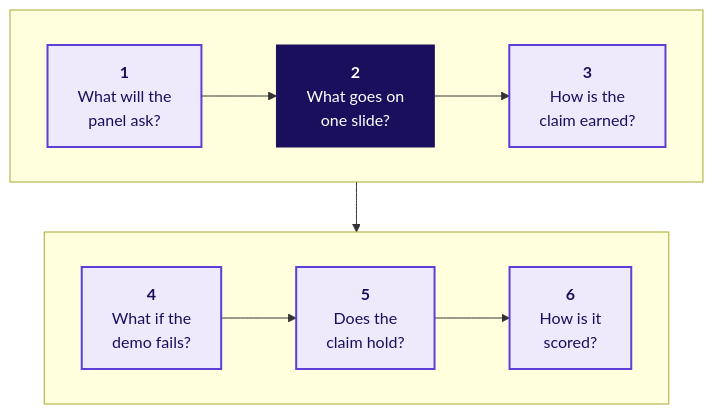
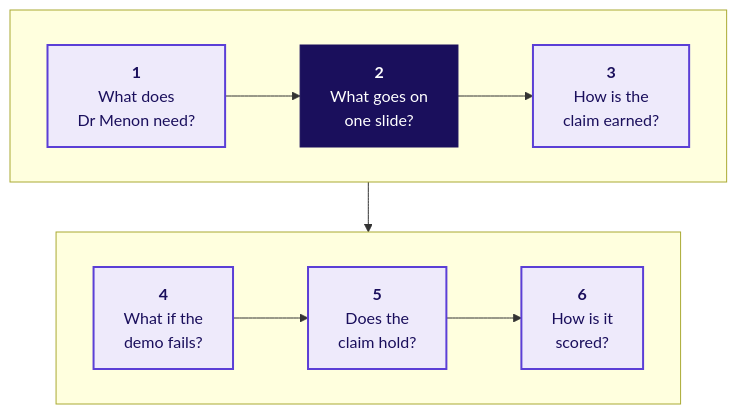
Before and after one commit to fde-academy-lab/c2-content-factory: the first of 15 diagrams in content/W03/SAT/slides/C2_W03_SAT_presentation_format_STUDENT.md, drawn with Mermaid. The commit also changed other lines of this file and 3 other files, not shown here.

````diff
--- a/content/W03/SAT/slides/C2_W03_SAT_presentation_format_STUDENT.md
+++ b/content/W03/SAT/slides/C2_W03_SAT_presentation_format_STUDENT.md
@@ -23,16 +24,16 @@
 ```mermaid
 flowchart TB
     subgraph R1[" "]
         direction LR
-        Q1["<b>1</b><br/>What will the<br/>panel ask?"] --> Q2["<b>2</b><br/>What goes on<br/>one slide?"] --> Q3["<b>3</b><br/>How is the<br/>claim earned?"]
+        Q1["<b>1</b><br/>What does<br/>Dr Menon need?"] --> Q2["<b>2</b><br/>What goes on<br/>one slide?"] --> Q3["<b>3</b><br/>How is the<br/>claim earned?"]
     end
     subgraph R2[" "]
         direction LR
         Q4["<b>4</b><br/>What if the<br/>demo fails?"] --> Q5["<b>5</b><br/>Does the<br/>claim hold?"] --> Q6["<b>6</b><br/>How is it<br/>scored?"]
     end
     R1 --> R2
     classDef known fill:#EEEAFB,stroke:#5B3FD6,color:#1A0F5C,stroke-width:2px
     classDef bet fill:#1A0F5C,stroke:#1A0F5C,color:#FFFFFF
     class Q1,Q3,Q4,Q5,Q6 known
     class Q2 bet
 ```
````
